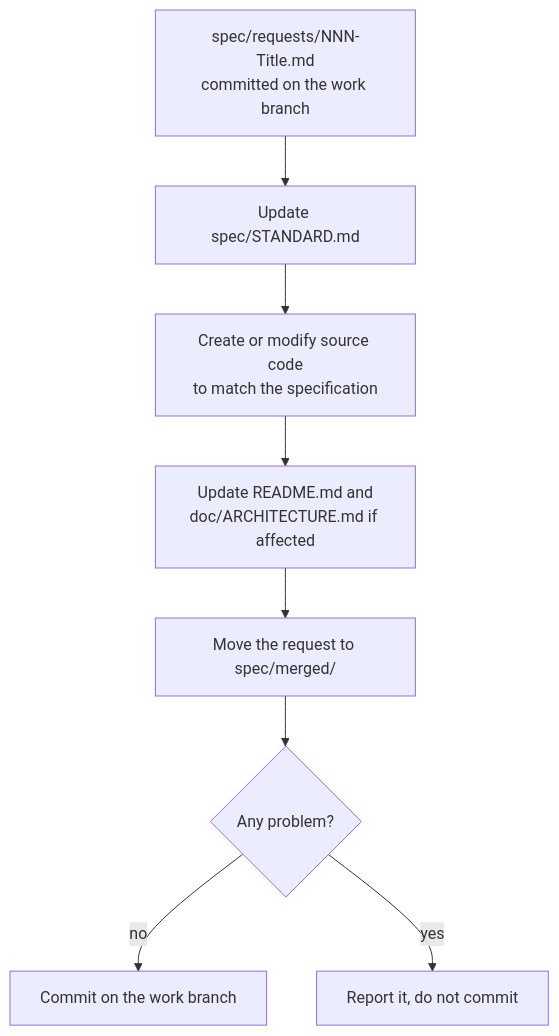
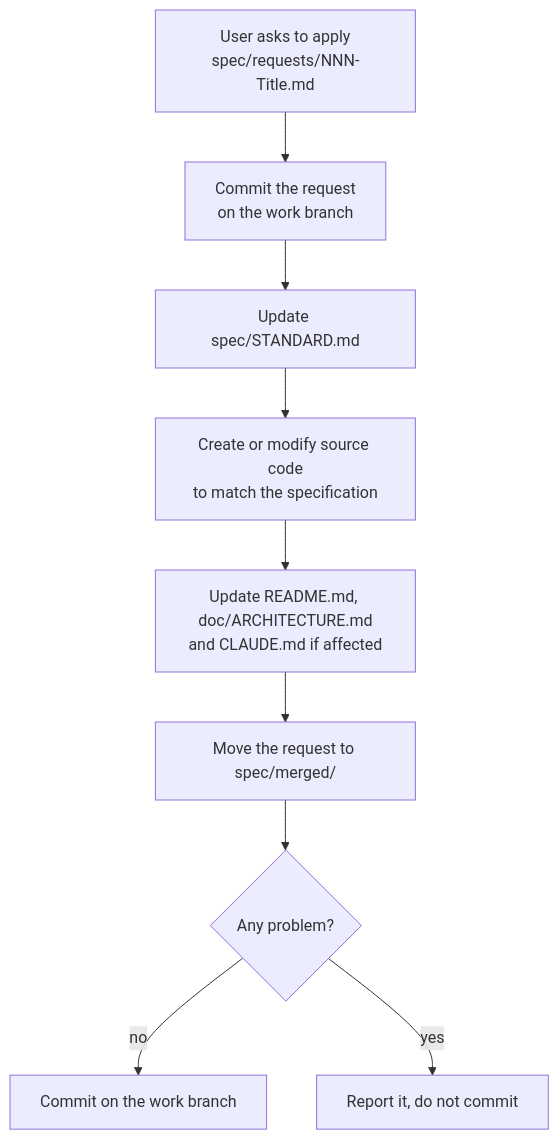
The seventh of 7 diagrams in spec/STANDARD.md (skonmeme/skons_keyboard), drawn with Mermaid before and after one commit. The commit also changed other lines of this file, not shown here.

First line of the commit message:
Apply requests 005 and 006 to spec/STANDARD.md

````diff
--- a/spec/STANDARD.md
+++ b/spec/STANDARD.md
@@ -643,10 +677,11 @@
 ```mermaid
 flowchart TD
-    R["spec/requests/NNN-Title.md<br/>committed on the work branch"] --> S["Update spec/STANDARD.md"]
+    A["User asks to apply<br/>spec/requests/NNN-Title.md"] --> K["Commit the request<br/>on the work branch"]
+    K --> S["Update spec/STANDARD.md"]
     S --> C["Create or modify source code<br/>to match the specification"]
-    C --> D["Update README.md and<br/>doc/ARCHITECTURE.md if affected"]
+    C --> D["Update README.md, doc/ARCHITECTURE.md<br/>and CLAUDE.md if affected"]
     D --> M["Move the request to spec/merged/"]
     M --> Q{"Any problem?"}
     Q -- no --> G["Commit on the work branch"]
     Q -- yes --> X["Report it, do not commit"]
 ```
````
